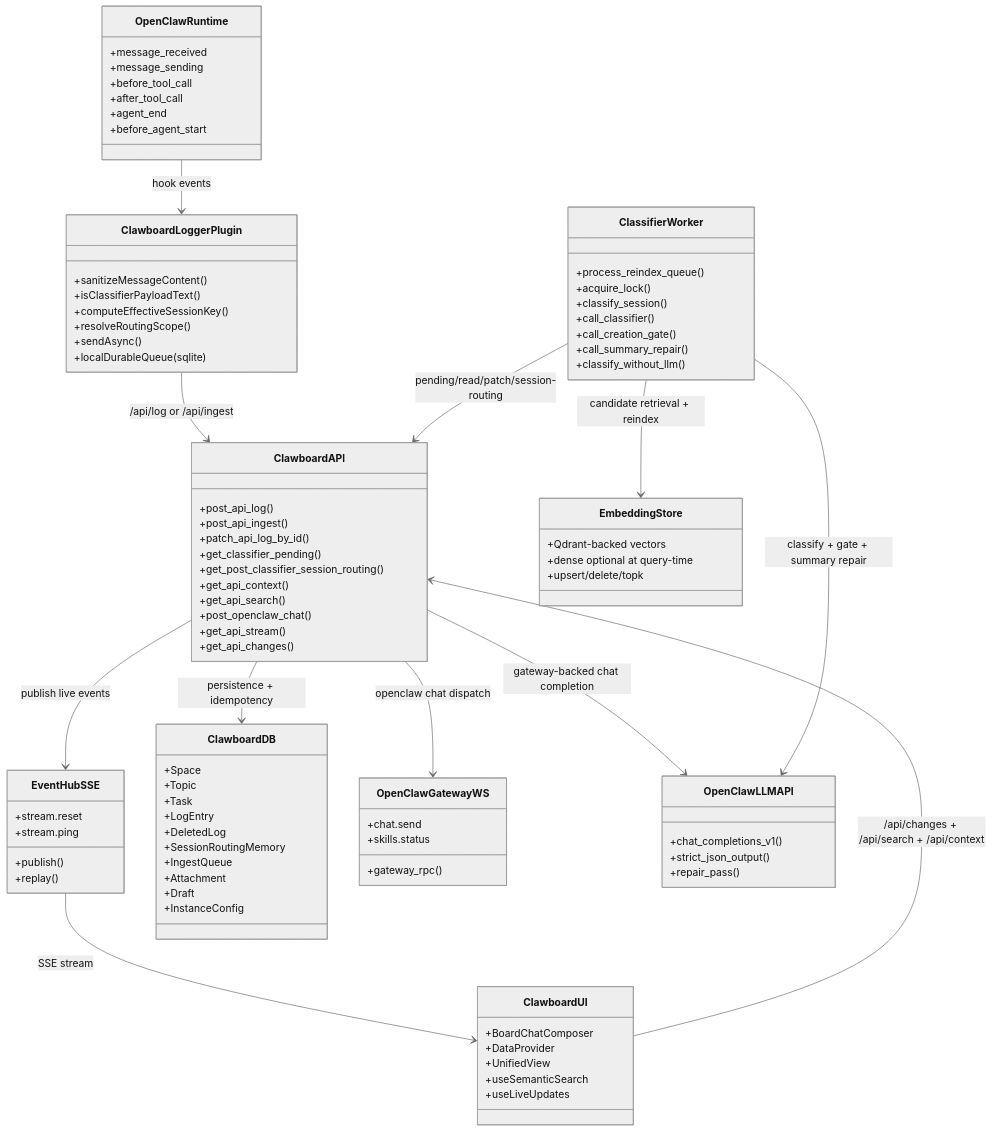
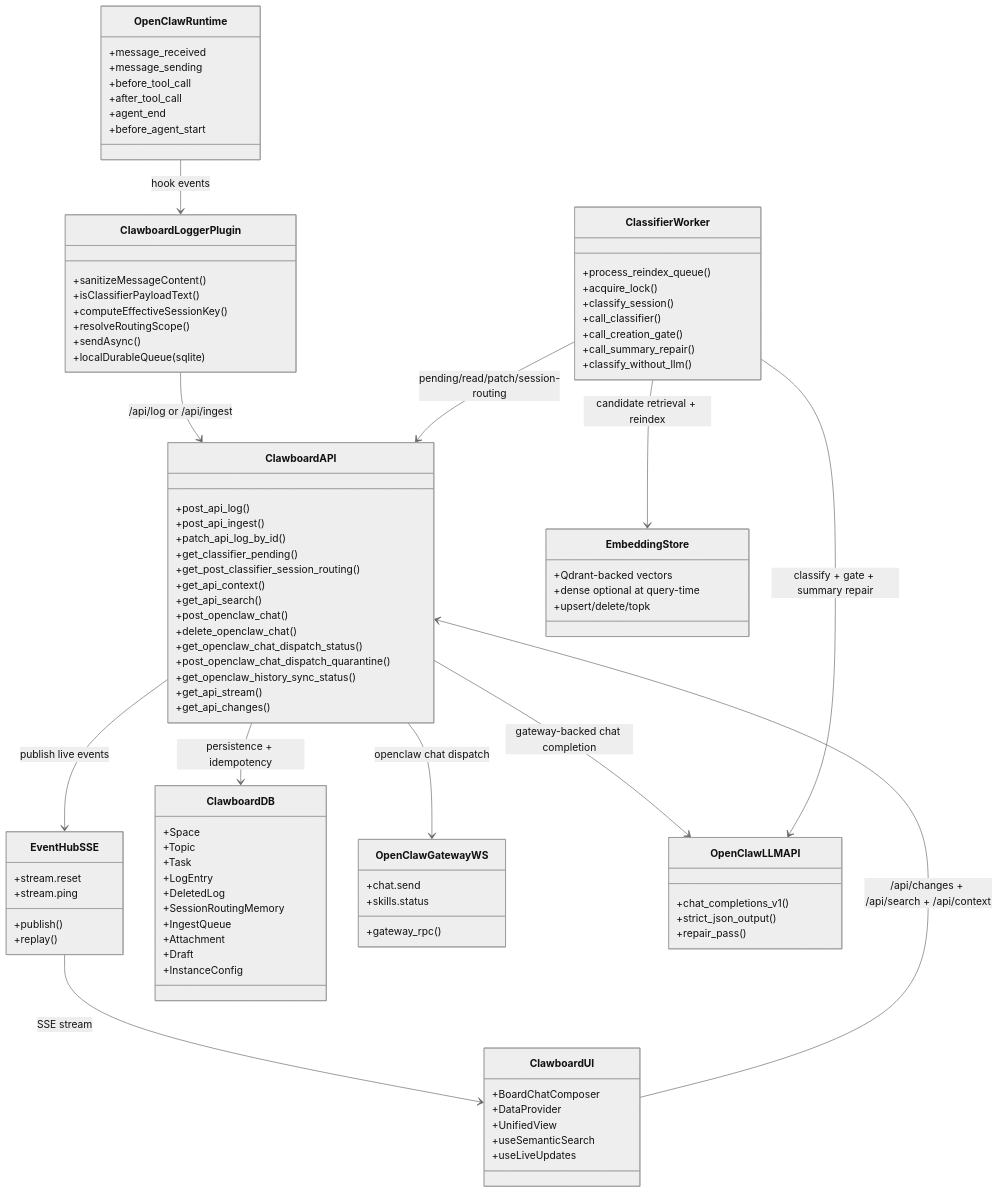
One commit to sirouk/clawboard changed the first of 6 diagrams in OPENCLAW_CLAWBOARD_UML.md. Above: the diagram before and after it, drawn with Mermaid (neutral theme). The commit also changed other lines of this file and 35 other files, not shown here.

```diff
--- a/OPENCLAW_CLAWBOARD_UML.md
+++ b/OPENCLAW_CLAWBOARD_UML.md
@@ -33,6 +33,10 @@
       +get_api_context()
       +get_api_search()
       +post_openclaw_chat()
+      +delete_openclaw_chat()
+      +get_openclaw_chat_dispatch_status()
+      +post_openclaw_chat_dispatch_quarantine()
+      +get_openclaw_history_sync_status()
       +get_api_stream()
       +get_api_changes()
     }
```
